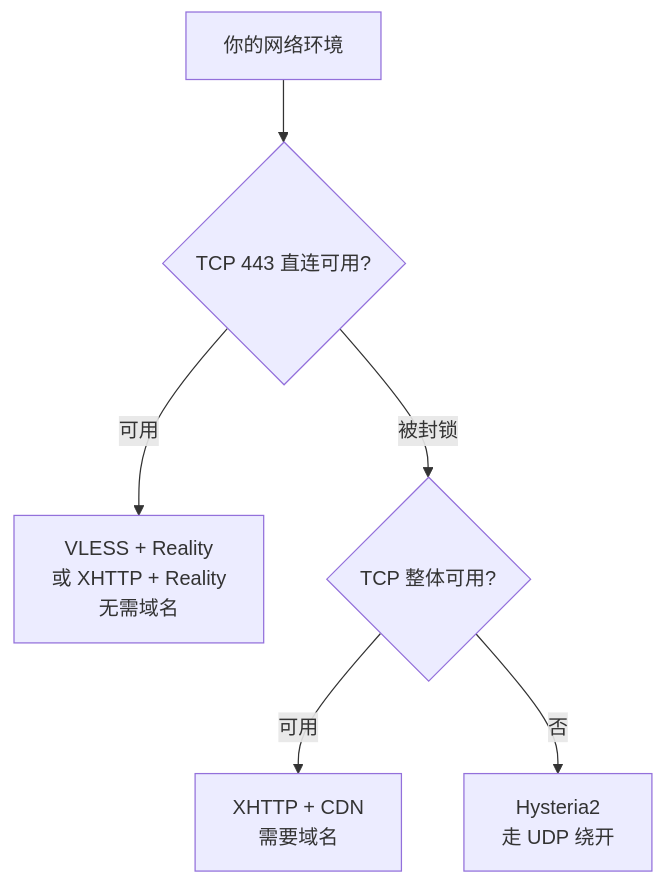
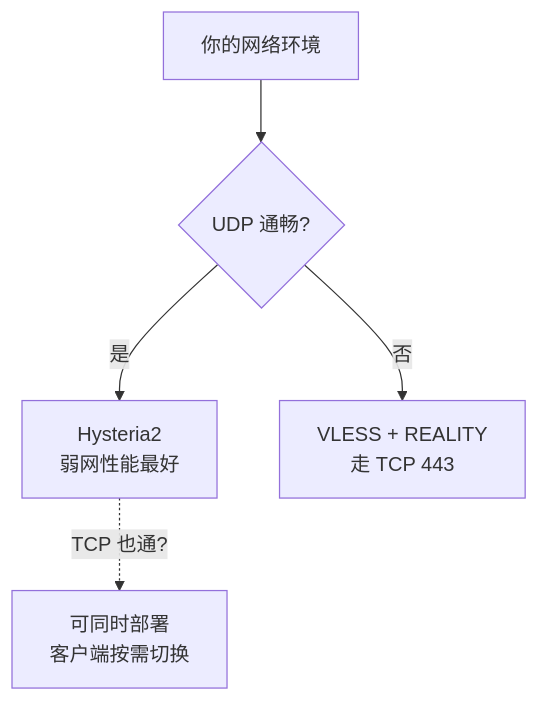
Before and after one commit to DamienZCollins/Personal-Proxy: the first of 3 diagrams in README.md, drawn with Mermaid. The commit also changed other lines of this file and 4 other files, not shown here.

First line of the commit message:
refactor: 删除 XHTTP，收敛为 VLESS 与 Hysteria2 两个协议

````diff
--- a/README.md
+++ b/README.md
@@ -49,8 +49,7 @@
 ```mermaid
 flowchart TB
-    A[你的网络环境] --> B{TCP 443 直连可用?}
-    B -->|可用| C["VLESS + Reality<br/>或 XHTTP + Reality<br/>无需域名"]
-    B -->|被封锁| D{TCP 整体可用?}
-    D -->|可用| E["XHTTP + CDN<br/>需要域名"]
-    D -->|否| F["Hysteria2<br/>走 UDP 绕开"]
+    A[你的网络环境] --> B{UDP 通畅?}
+    B -->|是| C["Hysteria2<br/>弱网性能最好"]
+    B -->|否| D["VLESS + REALITY<br/>走 TCP 443"]
+    C -.->|"TCP 也通?"| D2["可同时部署<br/>客户端按需切换"]
 ```
````
